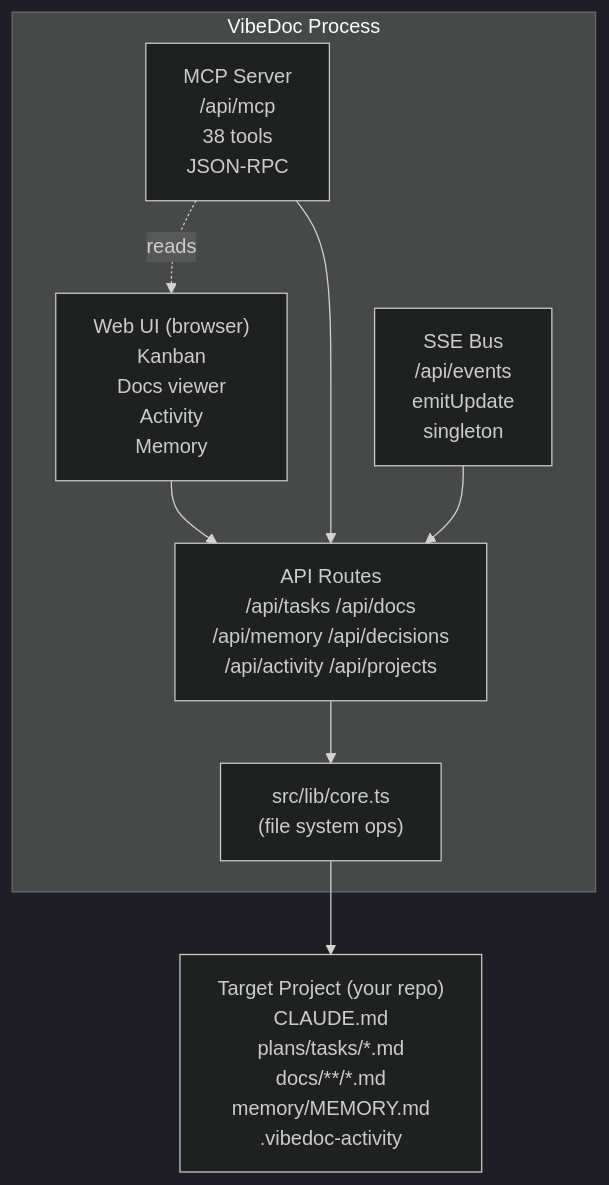
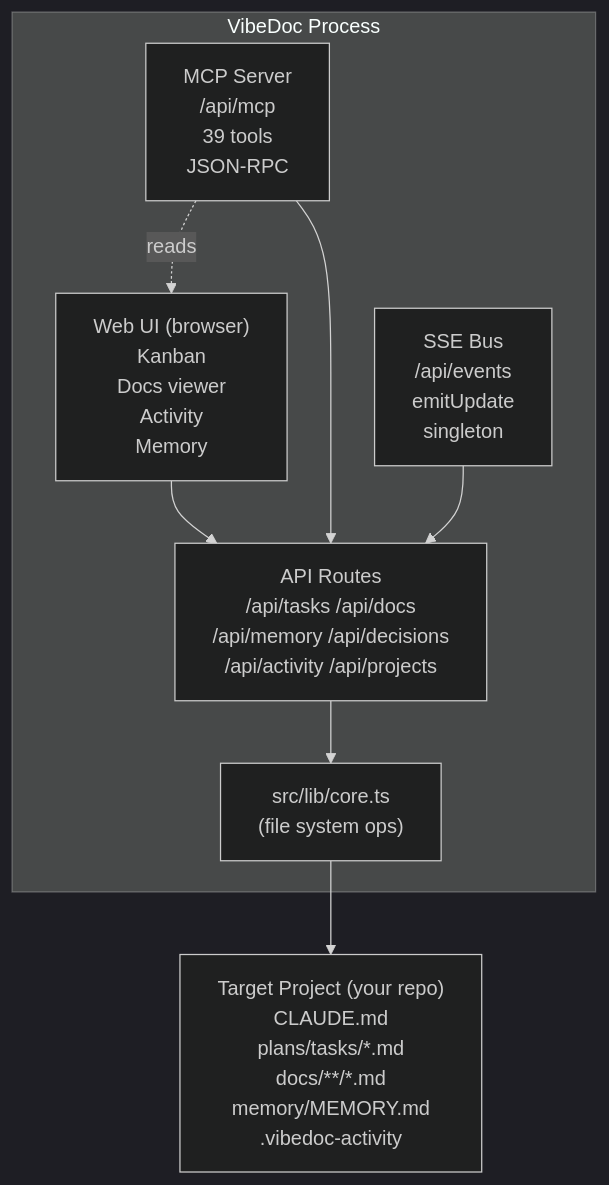
One commit to quanghoangf/vibedoc changed the diagram in docs/architecture/01-overview/DOMAIN_MAP.md. Above: the diagram before and after it, drawn with Mermaid (dark theme). The commit also changed 9 other files, not shown here.

````diff
--- a/docs/architecture/01-overview/DOMAIN_MAP.md
+++ b/docs/architecture/01-overview/DOMAIN_MAP.md
@@ -6,22 +6,22 @@
 ```mermaid
 graph TB
     subgraph VibeDoc["VibeDoc Process"]
         WebUI["Web UI (browser)<br/>Kanban<br/>Docs viewer<br/>Activity<br/>Memory"]
-        MCP["MCP Server<br/>/api/mcp<br/>38 tools<br/>JSON-RPC"]
+        MCP["MCP Server<br/>/api/mcp<br/>39 tools<br/>JSON-RPC"]
         SSE["SSE Bus<br/>/api/events<br/>emitUpdate<br/>singleton"]
 
         API["API Routes<br/>/api/tasks /api/docs<br/>/api/memory /api/decisions<br/>/api/activity /api/projects"]
 
         Core["src/lib/core.ts<br/>(file system ops)"]
 
         MCP -.->|reads| WebUI
         WebUI --> API
         MCP --> API
         SSE --> API
         API --> Core
     end
 
     Project["Target Project (your repo)<br/>CLAUDE.md<br/>plans/tasks/*.md<br/>docs/**/*.md<br/>memory/MEMORY.md<br/>.vibedoc-activity"]
 
     Core --> Project
 ```
````
